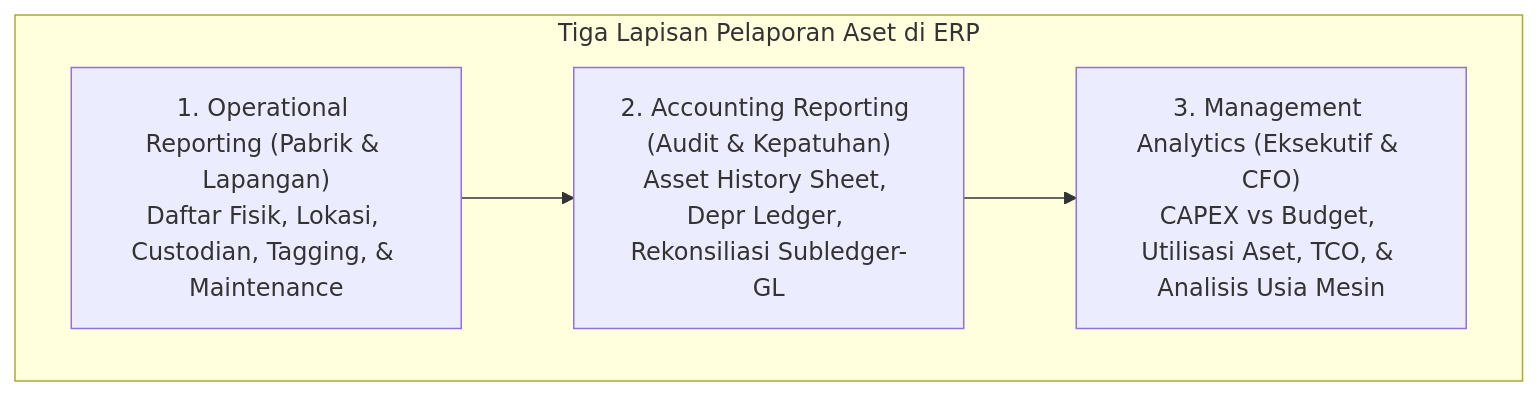
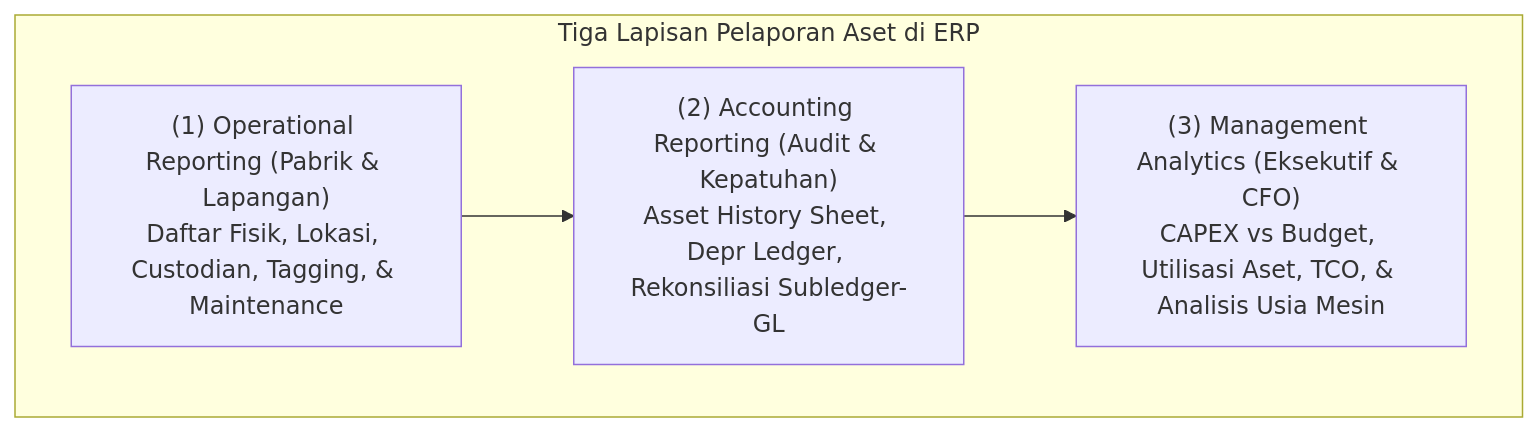
One commit to alimurrofid/erp-notes changed the first of 2 diagrams in content/08-assets/asset-reporting-and-analytics.md. Above: the diagram before and after it, drawn with Mermaid. The commit also changed 132 other files, not shown here.

````diff
--- a/content/08-assets/asset-reporting-and-analytics.md
+++ b/content/08-assets/asset-reporting-and-analytics.md
@@ -9,9 +9,9 @@
 ```mermaid
 flowchart TD
     subgraph ReportingTiers["Tiga Lapisan Pelaporan Aset di ERP"]
-        Ops["1. Operational Reporting (Pabrik & Lapangan)<br/>Daftar Fisik, Lokasi, Custodian, Tagging, & Maintenance"]
-        Acct["2. Accounting Reporting (Audit & Kepatuhan)<br/>Asset History Sheet, Depr Ledger, Rekonsiliasi Subledger-GL"]
-        Mgmt["3. Management Analytics (Eksekutif & CFO)<br/>CAPEX vs Budget, Utilisasi Aset, TCO, & Analisis Usia Mesin"]
+        Ops["(1) Operational Reporting (Pabrik & Lapangan)<br/>Daftar Fisik, Lokasi, Custodian, Tagging, & Maintenance"]
+        Acct["(2) Accounting Reporting (Audit & Kepatuhan)<br/>Asset History Sheet, Depr Ledger, Rekonsiliasi Subledger-GL"]
+        Mgmt["(3) Management Analytics (Eksekutif & CFO)<br/>CAPEX vs Budget, Utilisasi Aset, TCO, & Analisis Usia Mesin"]
     end
     Ops --> Acct --> Mgmt
 ```
````
